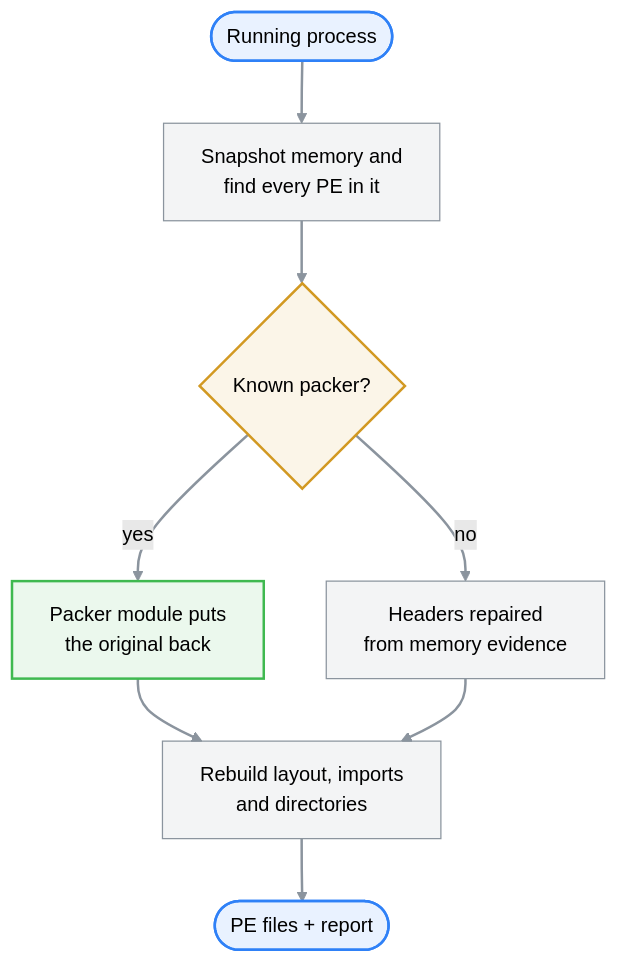
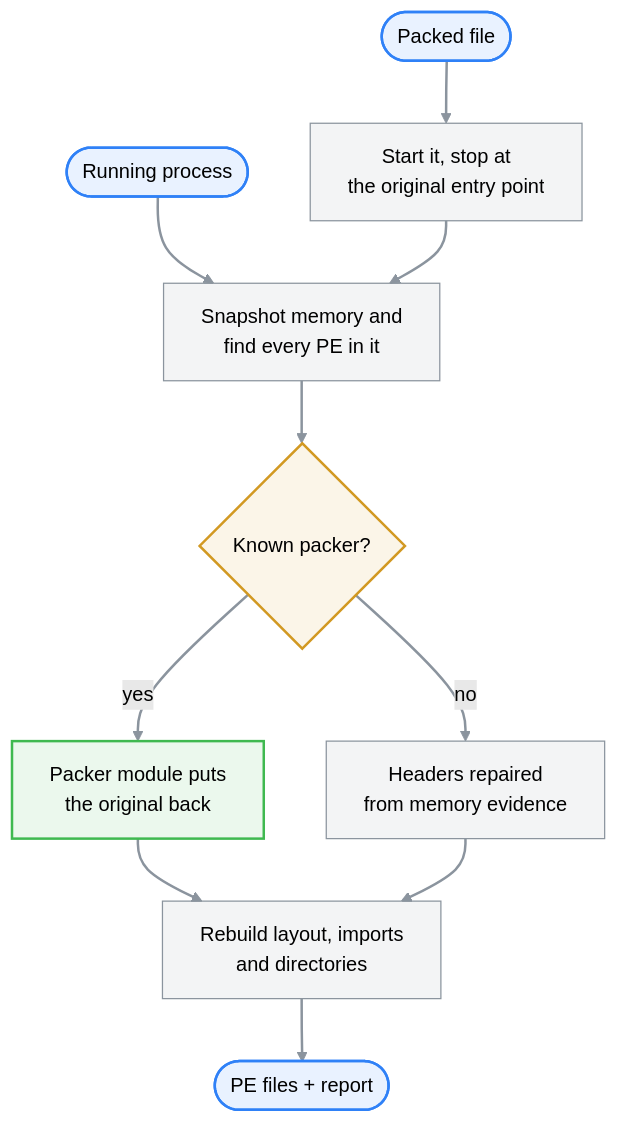
One commit to techlinn/MemPE changed the diagram in README.md. Above: the diagram before and after it, drawn with Mermaid (forest theme). The commit also changed other lines of this file and 199 other files, not shown here.

````diff
--- a/README.md
+++ b/README.md
@@ -62,20 +66,22 @@
 ```mermaid
 flowchart TB
-    process(["Running process"]) --> capture["Snapshot memory and<br/>find every PE in it"]
+    file(["Packed file"]) --> launch["Start it, stop at<br/>the original entry point"]
+    process(["Running process"]) --> capture
+    launch --> capture["Snapshot memory and<br/>find every PE in it"]
     capture --> known{"Known packer?"}
     known -- yes --> module["Packer module puts<br/>the original back"]
     known -- no --> repair["Headers repaired<br/>from memory evidence"]
     module --> rebuild["Rebuild layout, imports<br/>and directories"]
     repair --> rebuild
     rebuild --> output(["PE files + report"])
 
     classDef endpoint fill:#2f81f71a,stroke:#2f81f7,stroke-width:2px
     classDef step fill:#8b949e1a,stroke:#8b949e,stroke-width:1px
     classDef decision fill:#d299221a,stroke:#d29922,stroke-width:2px
     classDef packer fill:#3fb9501a,stroke:#3fb950,stroke-width:2px
-    class process,output endpoint
-    class capture,repair,rebuild step
+    class file,process,output endpoint
+    class launch,capture,repair,rebuild step
     class known decision
     class module packer
     linkStyle default stroke:#8b949e,stroke-width:2px
 ```
````
